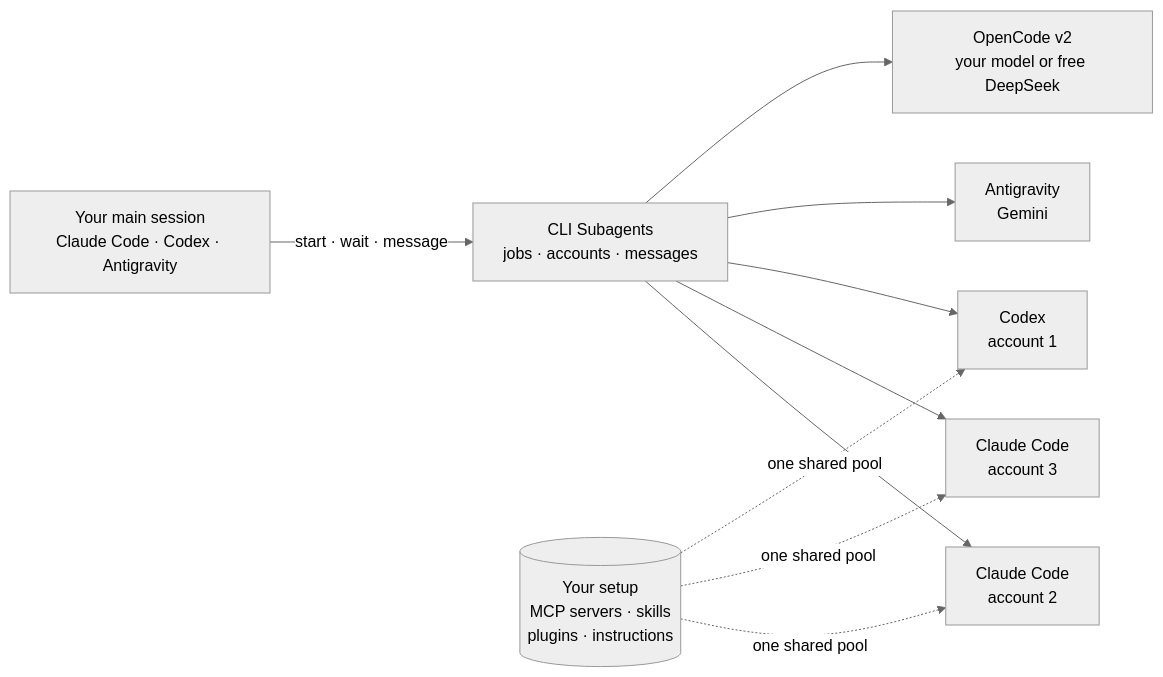
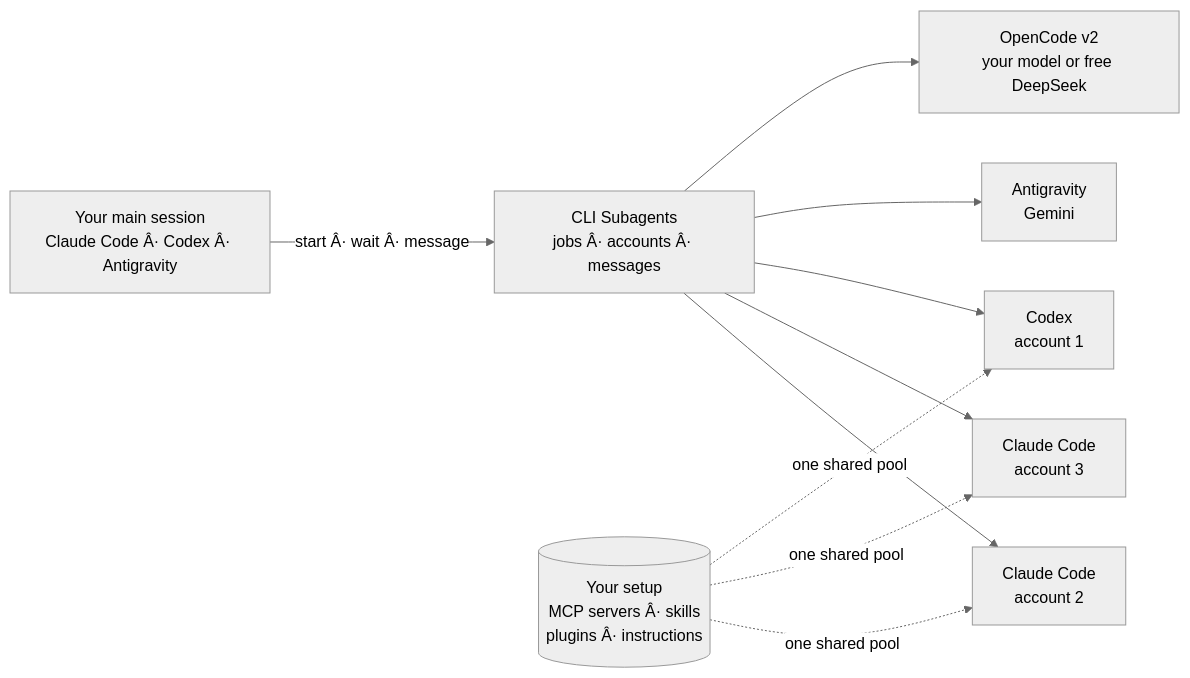
The diagram in README.md (lunati228/CLI-Subagents), drawn with Mermaid (neutral theme) before and after one commit. The commit also changed other lines of this file and 57 other files, not shown here.

````diff
--- a/README.md
+++ b/README.md
@@ -14,15 +14,15 @@
 ```mermaid
 flowchart LR
-    host["Your main session<br/>Claude Code · Codex · Antigravity"]
-    core["CLI Subagents<br/>jobs · accounts · messages"]
-    shared[("Your setup<br/>MCP servers · skills<br/>plugins · instructions")]
+    host["Your main session<br/>Claude Code Â· Codex Â· Antigravity"]
+    core["CLI Subagents<br/>jobs Â· accounts Â· messages"]
+    shared[("Your setup<br/>MCP servers Â· skills<br/>plugins Â· instructions")]
     w1["Claude Code<br/>account 2"]
     w2["Claude Code<br/>account 3"]
     w3["Codex<br/>account 1"]
     w4["Antigravity<br/>Gemini"]
     w5["OpenCode v2<br/>your model or free DeepSeek"]
 
-    host -- "start · wait · message" --> core
+    host -- "start Â· wait Â· message" --> core
     core --> w1 & w2 & w3 & w4 & w5
     shared -. "one shared pool" .-> w1 & w2 & w3
 ```
````
